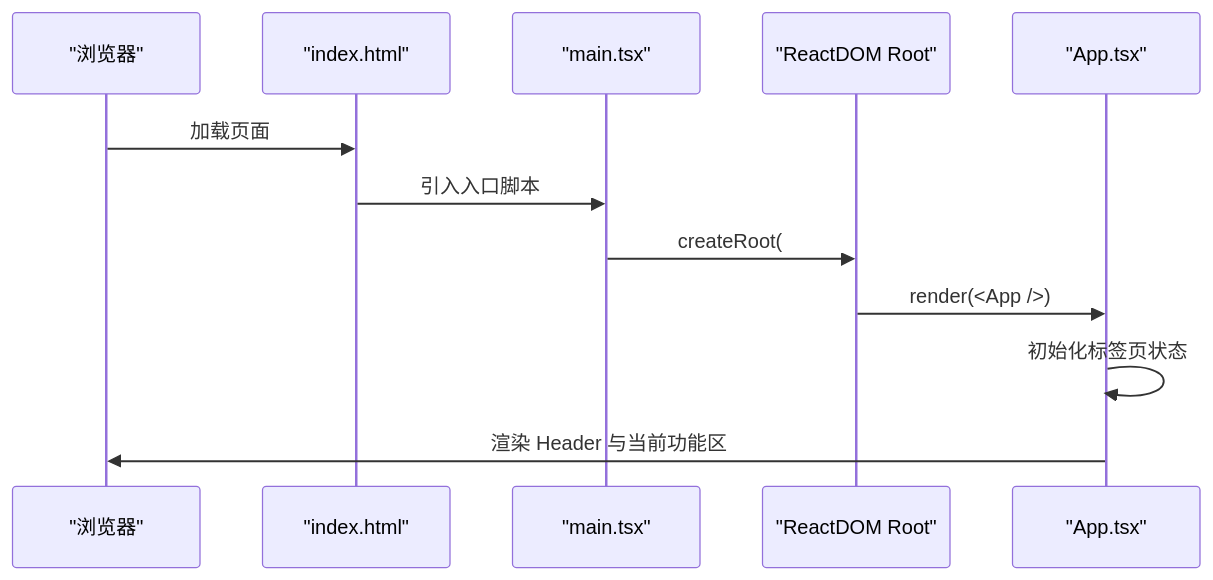
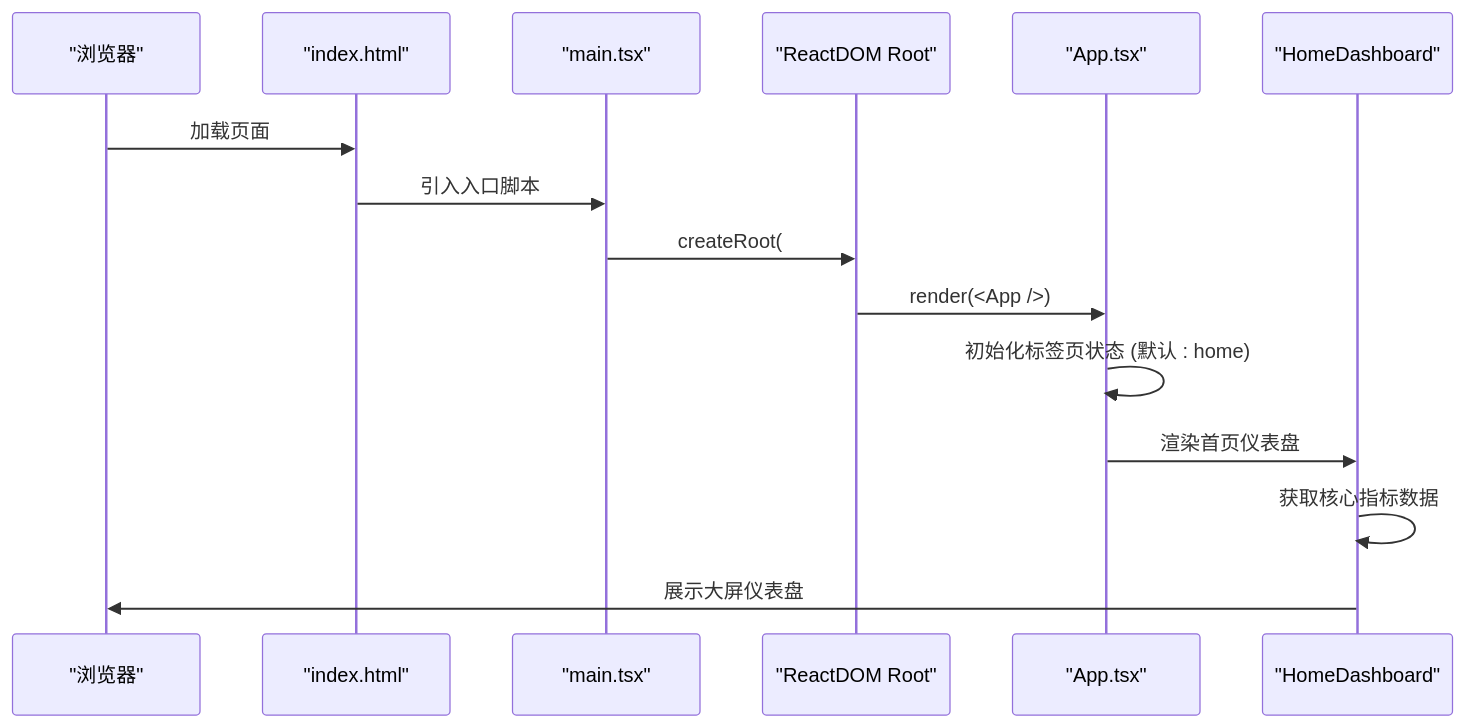
Before and after one commit to liangxuanliang-cmd/carbon-info-agent: the fifth of 6 diagrams in .qoder/repowiki/zh/content/架构设计/应用架构.md, drawn with Mermaid. The commit also changed other lines of this file and 14 other files, not shown here.

````diff
--- a/.qoder/repowiki/zh/content/架构设计/应用架构.md
+++ b/.qoder/repowiki/zh/content/架构设计/应用架构.md
@@ -285,14 +350,17 @@
 ```mermaid
 sequenceDiagram
 participant Browser as "浏览器"
 participant HTML as "index.html"
 participant Main as "main.tsx"
 participant Root as "ReactDOM Root"
 participant App as "App.tsx"
+participant Home as "HomeDashboard"
 Browser->>HTML : 加载页面
 HTML->>Main : 引入入口脚本
 Main->>Root : createRoot(#root)
 Root->>App : render(<App />)
-App->>App : 初始化标签页状态
-App->>Browser : 渲染 Header 与当前功能区
+App->>App : 初始化标签页状态 (默认 : home)
+App->>Home : 渲染首页仪表盘
+Home->>Home : 获取核心指标数据
+Home->>Browser : 展示大屏仪表盘
 ```
````
